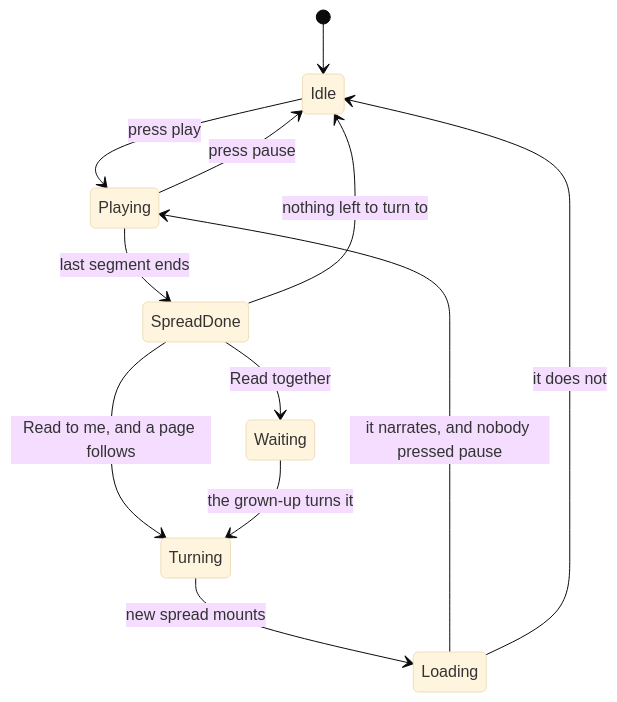
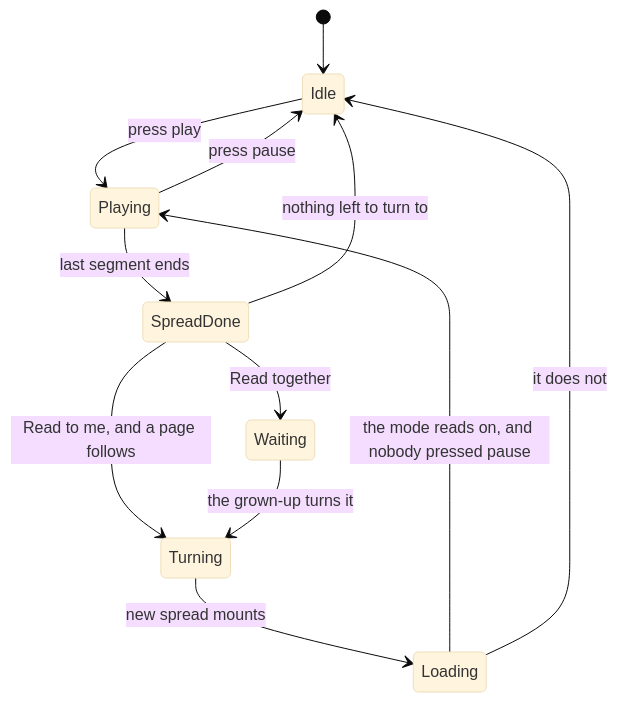
One commit to minormending/story-tale-reader changed the fourth of 5 diagrams in docs/read-along.md. Above: the diagram before and after it, drawn with Mermaid (base theme). The commit also changed other lines of this file and 5 other files, not shown here.

````diff
--- a/docs/read-along.md
+++ b/docs/read-along.md
@@ -152,14 +152,14 @@
 ```mermaid
 stateDiagram-v2
     [*] --> Idle
     Idle --> Playing: press play
     Playing --> Idle: press pause
     Playing --> SpreadDone: last segment ends
     SpreadDone --> Turning: Read to me, and a page follows
     SpreadDone --> Waiting: Read together
     SpreadDone --> Idle: nothing left to turn to
     Waiting --> Turning: the grown-up turns it
     Turning --> Loading: new spread mounts
-    Loading --> Playing: it narrates, and nobody pressed pause
+    Loading --> Playing: the mode reads on, and nobody pressed pause
     Loading --> Idle: it does not
 ```
````
